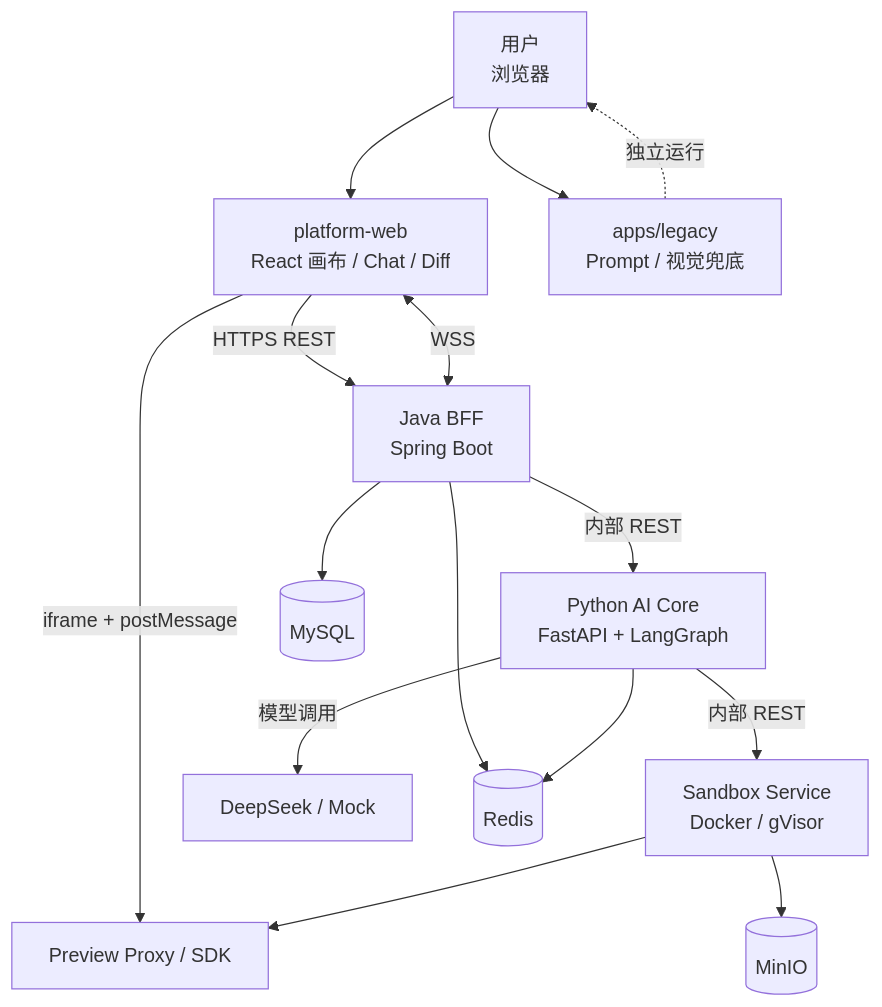
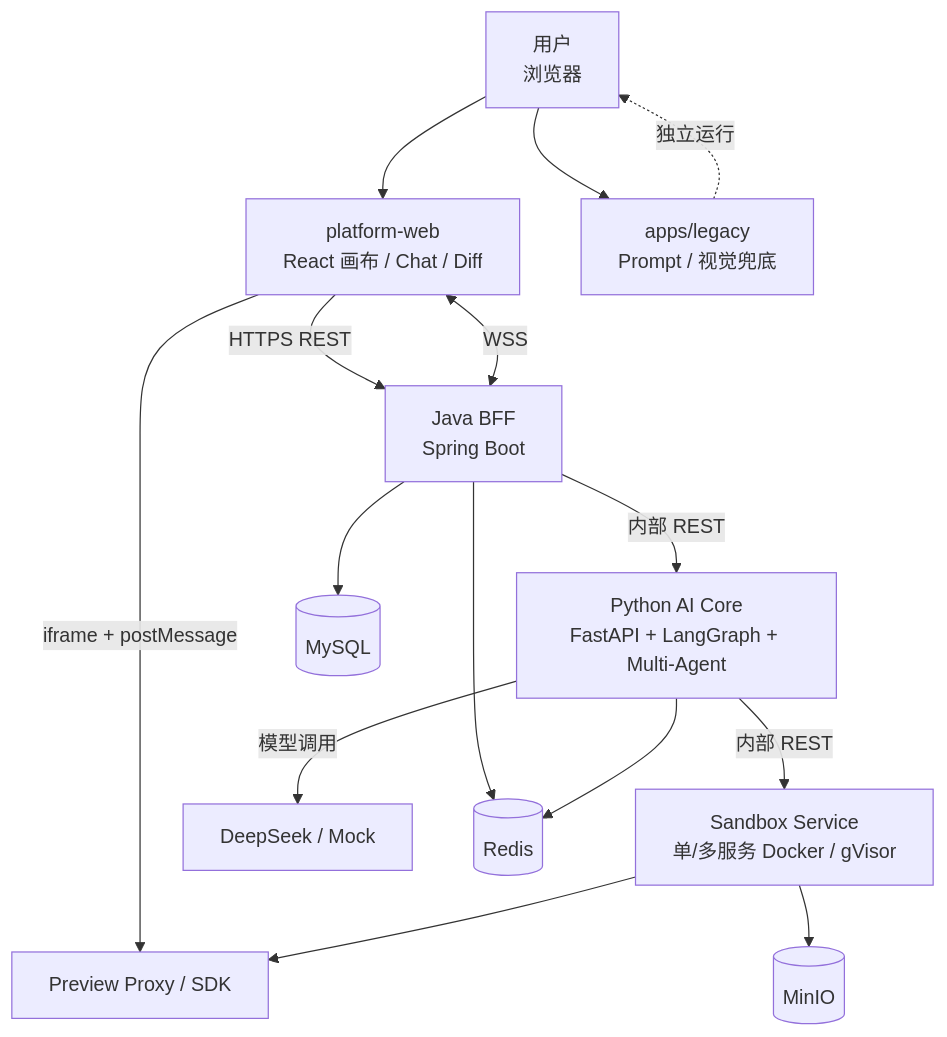
Before and after one commit to Cai199999/vibe-platform: the first of 14 diagrams in docs/design/02.整体架构设计.md, drawn with Mermaid. The commit also changed other lines of this file and 3 other files, not shown here.

````diff
--- a/docs/design/02.整体架构设计.md
+++ b/docs/design/02.整体架构设计.md
@@ -84,17 +107,17 @@
 ```mermaid
 flowchart TB
     U["用户<br/>浏览器"] --> WEB["platform-web<br/>React 画布 / Chat / Diff"]
     U --> LEGACY["apps/legacy<br/>Prompt / 视觉兜底"]
     WEB -->|"HTTPS REST"| BFF["Java BFF<br/>Spring Boot"]
     WEB <-->|"WSS"| BFF
     WEB -->|"iframe + postMessage"| PREVIEW["Preview Proxy / SDK"]
-    BFF -->|"内部 REST"| AI["Python AI Core<br/>FastAPI + LangGraph"]
-    AI -->|"内部 REST"| SBX["Sandbox Service<br/>Docker / gVisor"]
+    BFF -->|"内部 REST"| AI["Python AI Core<br/>FastAPI + LangGraph + Multi-Agent"]
+    AI -->|"内部 REST"| SBX["Sandbox Service<br/>单/多服务 Docker / gVisor"]
     SBX --> PREVIEW
     AI -->|"模型调用"| MODEL["DeepSeek / Mock"]
     BFF --> MYSQL[("MySQL")]
     BFF --> REDIS[("Redis")]
     SBX --> MINIO[("MinIO")]
     AI --> REDIS
     LEGACY -.->|"独立运行"| U
 ```
````
